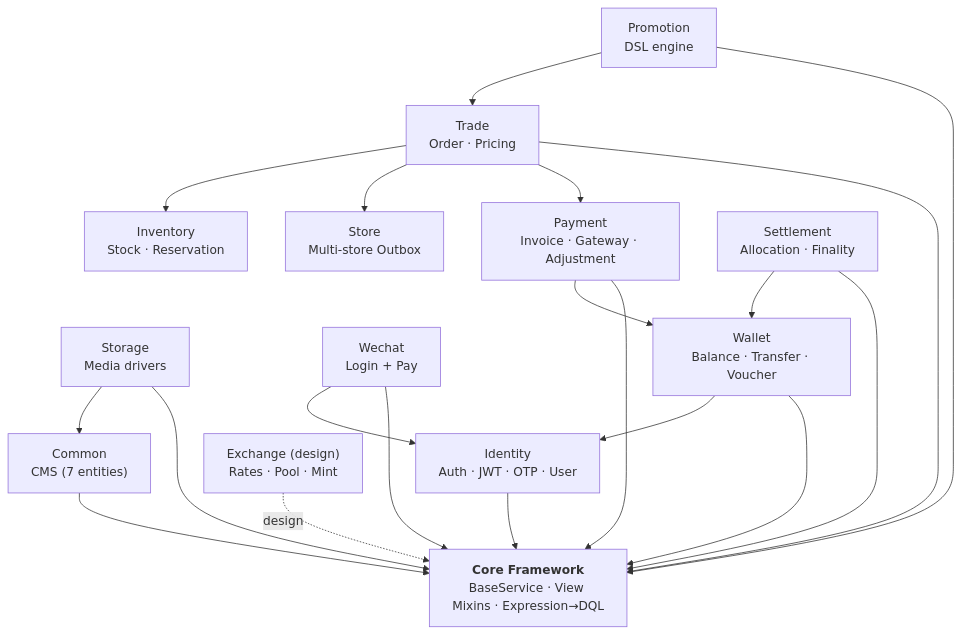
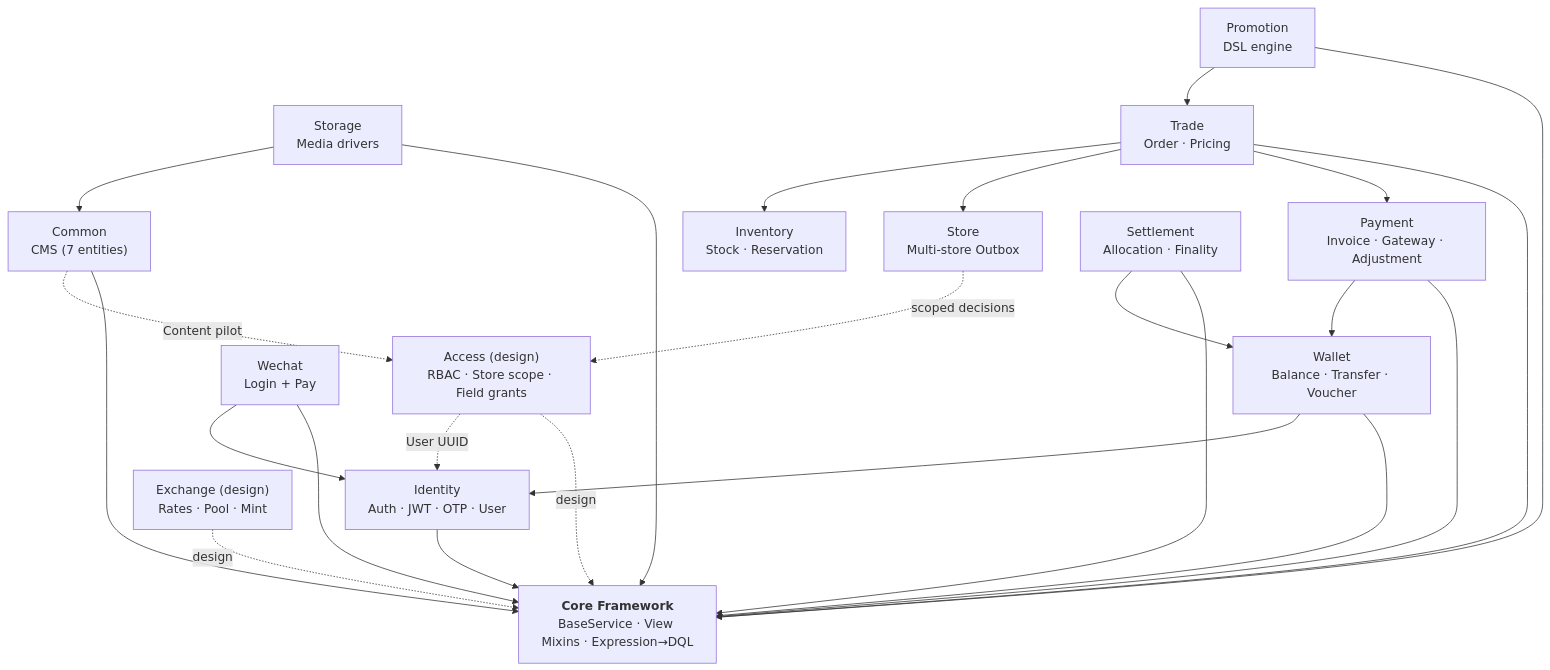
The first of 3 diagrams in README.md (dream-studio-china/edc-online-membership), drawn with Mermaid before and after one commit. The commit also changed other lines of this file and 2 other files, not shown here.

First line of the commit message:
docs(access): add independent Access authorization design and README structure

````diff
--- a/README.md
+++ b/README.md
@@ -13,37 +13,42 @@
 ```mermaid
 flowchart TB
     Core["<b>Core Framework</b><br/>BaseService · View Mixins · Expression→DQL"]
 
     Identity["Identity<br/>Auth · JWT · OTP · User"]
+    Access["Access (design)<br/>RBAC · Store scope · Field grants"]
     Common["Common<br/>CMS (7 entities)"]
     Storage["Storage<br/>Media drivers"]
     Wechat["Wechat<br/>Login + Pay"]
     Wallet["Wallet<br/>Balance · Transfer · Voucher"]
     Payment["Payment<br/>Invoice · Gateway · Adjustment"]
     Trade["Trade<br/>Order · Pricing"]
     Store["Store<br/>Multi-store Outbox"]
     Inventory["Inventory<br/>Stock · Reservation"]
     Promotion["Promotion<br/>DSL engine"]
     Settlement["Settlement<br/>Allocation · Finality"]
     Exchange["Exchange (design)<br/>Rates · Pool · Mint"]
 
     Identity --> Core
+    Access -. "design" .-> Core
+    Access -. "User UUID" .-> Identity
     Common --> Core
     Storage --> Core
     Storage --> Common
     Wechat --> Core
     Wechat --> Identity
     Wallet --> Core
     Wallet --> Identity
     Payment --> Core
     Payment --> Wallet
     Trade --> Core
     Trade --> Payment
     Trade --> Store
     Trade --> Inventory
+    Store -. "scoped decisions" .-> Access
+    Common -. "Content pilot" .-> Access
     Promotion --> Core
     Promotion --> Trade
     Settlement --> Core
     Settlement --> Wallet
     Exchange -. "design" .-> Core
 ```
````
